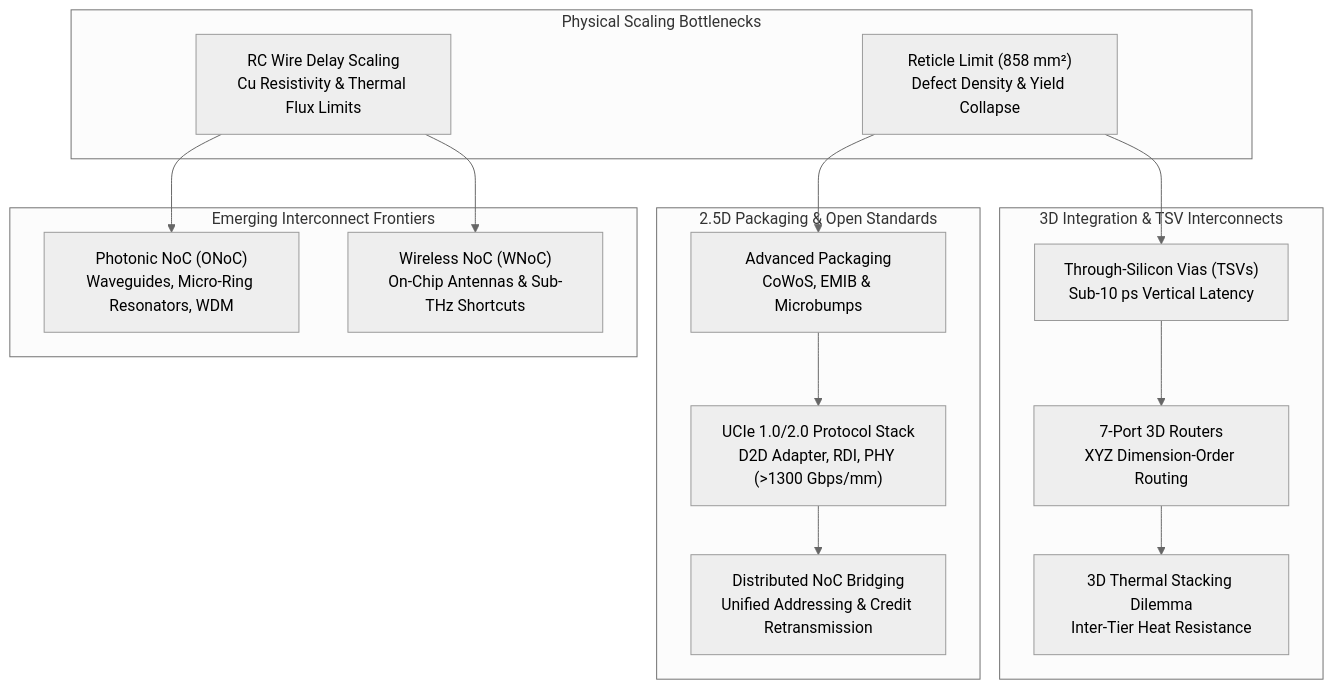
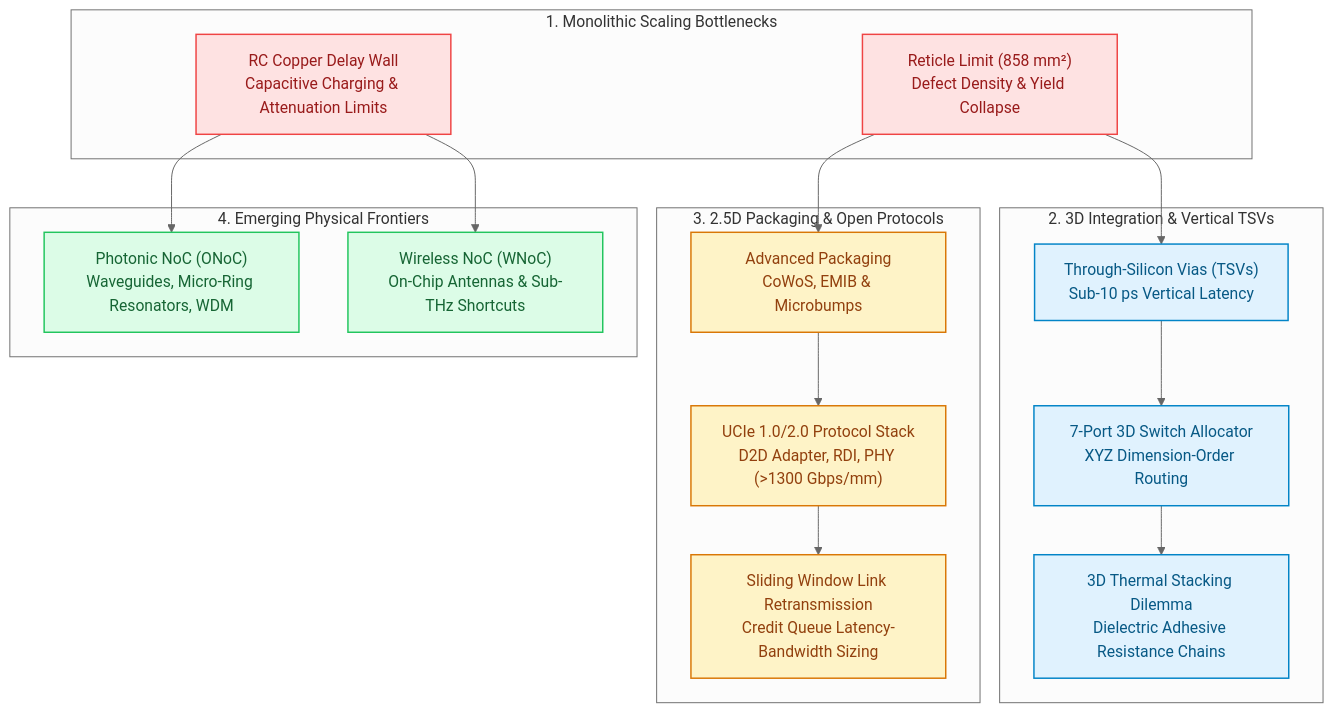
Before and after one commit to network-on-chip/learning: the diagram in docs/track6-chiplets-and-3d/index.md, drawn with Mermaid (neutral theme). The commit also changed other lines of this file and 6 other files, not shown here.

````diff
--- a/docs/track6-chiplets-and-3d/index.md
+++ b/docs/track6-chiplets-and-3d/index.md
@@ -11,31 +23,41 @@
 ```mermaid
 graph TD
-  subgraph Moore ["Physical Scaling Bottlenecks"]
+  subgraph Moore ["1. Monolithic Scaling Bottlenecks"]
     A["Reticle Limit (858 mm²)<br/>Defect Density & Yield Collapse"]
-    B["RC Wire Delay Scaling<br/>Cu Resistivity & Thermal Flux Limits"]
+    B["RC Copper Delay Wall<br/>Capacitive Charging & Attenuation Limits"]
   end
 
-  subgraph Stacking ["3D Integration & TSV Interconnects"]
+  subgraph Stacking ["2. 3D Integration & Vertical TSVs"]
     C["Through-Silicon Vias (TSVs)<br/>Sub-10 ps Vertical Latency"]
-    D["7-Port 3D Routers<br/>XYZ Dimension-Order Routing"]
-    E["3D Thermal Stacking Dilemma<br/>Inter-Tier Heat Resistance"]
+    D["7-Port 3D Switch Allocator<br/>XYZ Dimension-Order Routing"]
+    E["3D Thermal Stacking Dilemma<br/>Dielectric Adhesive Resistance Chains"]
   end
 
-  subgraph Chiplets ["2.5D Packaging & Open Standards"]
+  subgraph Chiplets ["3. 2.5D Packaging & Open Protocols"]
     F["Advanced Packaging<br/>CoWoS, EMIB & Microbumps"]
     G["UCIe 1.0/2.0 Protocol Stack<br/>D2D Adapter, RDI, PHY (>1300 Gbps/mm)"]
-    H["Distributed NoC Bridging<br/>Unified Addressing & Credit Retransmission"]
+    H["Sliding Window Link Retransmission<br/>Credit Queue Latency-Bandwidth Sizing"]
   end
 
-  subgraph Frontiers ["Emerging Interconnect Frontiers"]
+  subgraph Frontiers ["4. Emerging Physical Frontiers"]
     I["Photonic NoC (ONoC)<br/>Waveguides, Micro-Ring Resonators, WDM"]
     J["Wireless NoC (WNoC)<br/>On-Chip Antennas & Sub-THz Shortcuts"]
   end
 
   A --> C
   A --> F
   B --> I
   B --> J
   C --> D --> E
   F --> G --> H
+
+  classDef physStyle fill:#fee2e2,stroke:#ef4444,stroke-width:1.5px,color:#991b1b;
+  classDef stackStyle fill:#e0f2fe,stroke:#0284c7,stroke-width:1.5px,color:#075985;
+  classDef chipStyle fill:#fef3c7,stroke:#d97706,stroke-width:1.5px,color:#92400e;
+  classDef frontStyle fill:#dcfce7,stroke:#22c55e,stroke-width:1.5px,color:#166534;
+
+  class A,B physStyle;
+  class C,D,E stackStyle;
+  class F,G,H chipStyle;
+  class I,J frontStyle;
 ```
````
